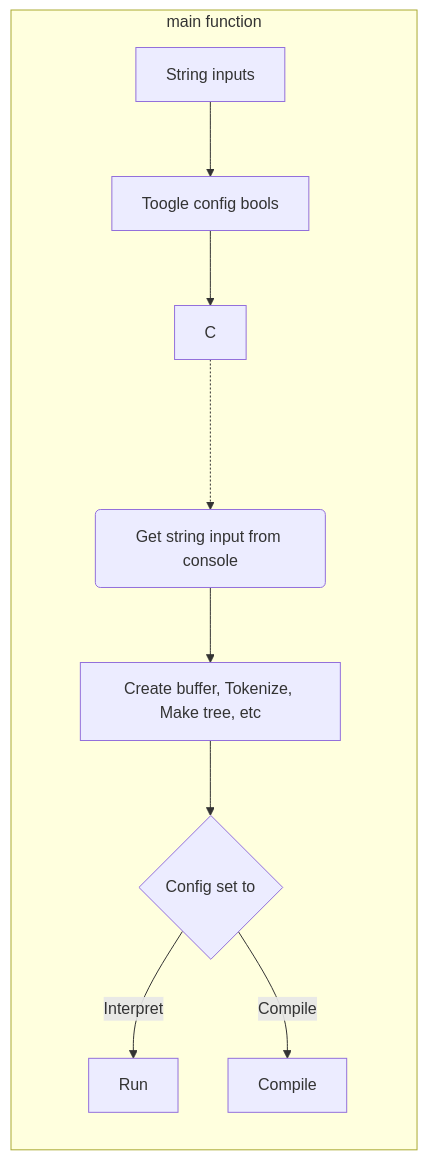
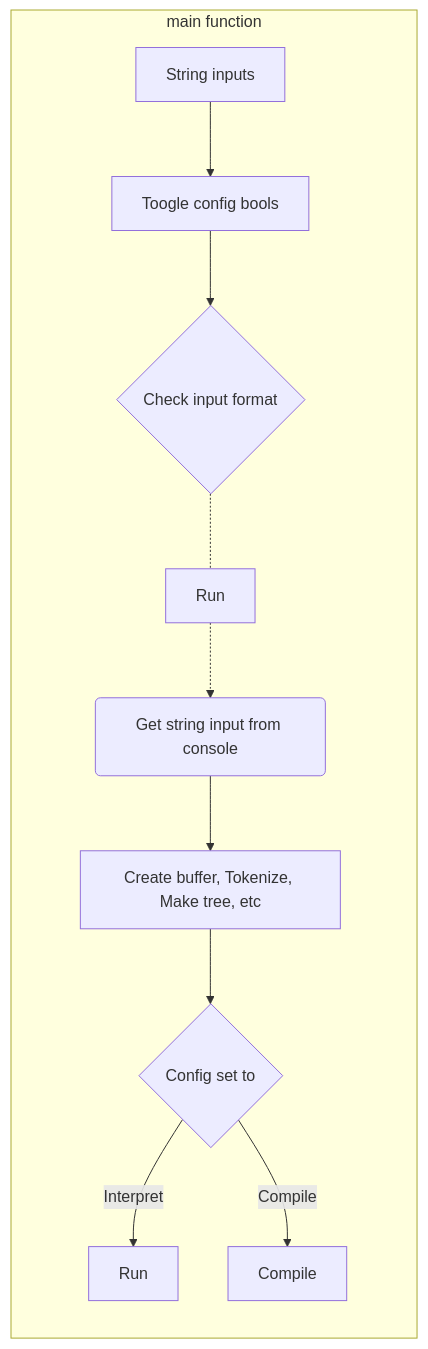
One commit to Jzhyang1/Monomer changed the sixth of 6 diagrams in Implementation.md. Above: the diagram before and after it, drawn with Mermaid. The commit also changed other lines of this file, not shown here.

Commit message:
Implementation.md updated from https://stackedit.io/

````diff
--- a/Implementation.md
+++ b/Implementation.md
@@ -229,12 +229,12 @@
 ```mermaid
 graph LR
 subgraph sg1["main function"]
 	A[String inputs] --> B[Toogle config bools]
-	B --> C
-	C ..-> D(Get string input from console)
+	B --> C{Check input format}
+	C .- Run .-> D(Get string input from console)
 	D --> I[Create buffer, Tokenize, Make tree, etc]
 	I --> J{Config set to}
 	J -- Interpret --> K[Run]
 	J -- Compile --> L[Compile]
 end
 ```
````
